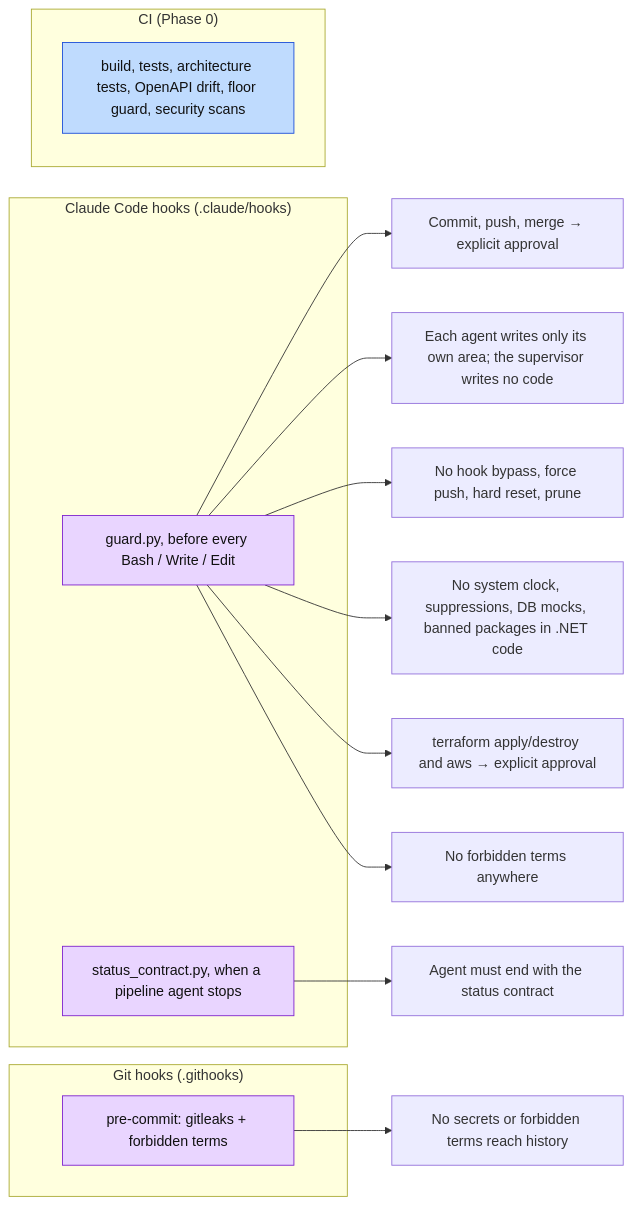
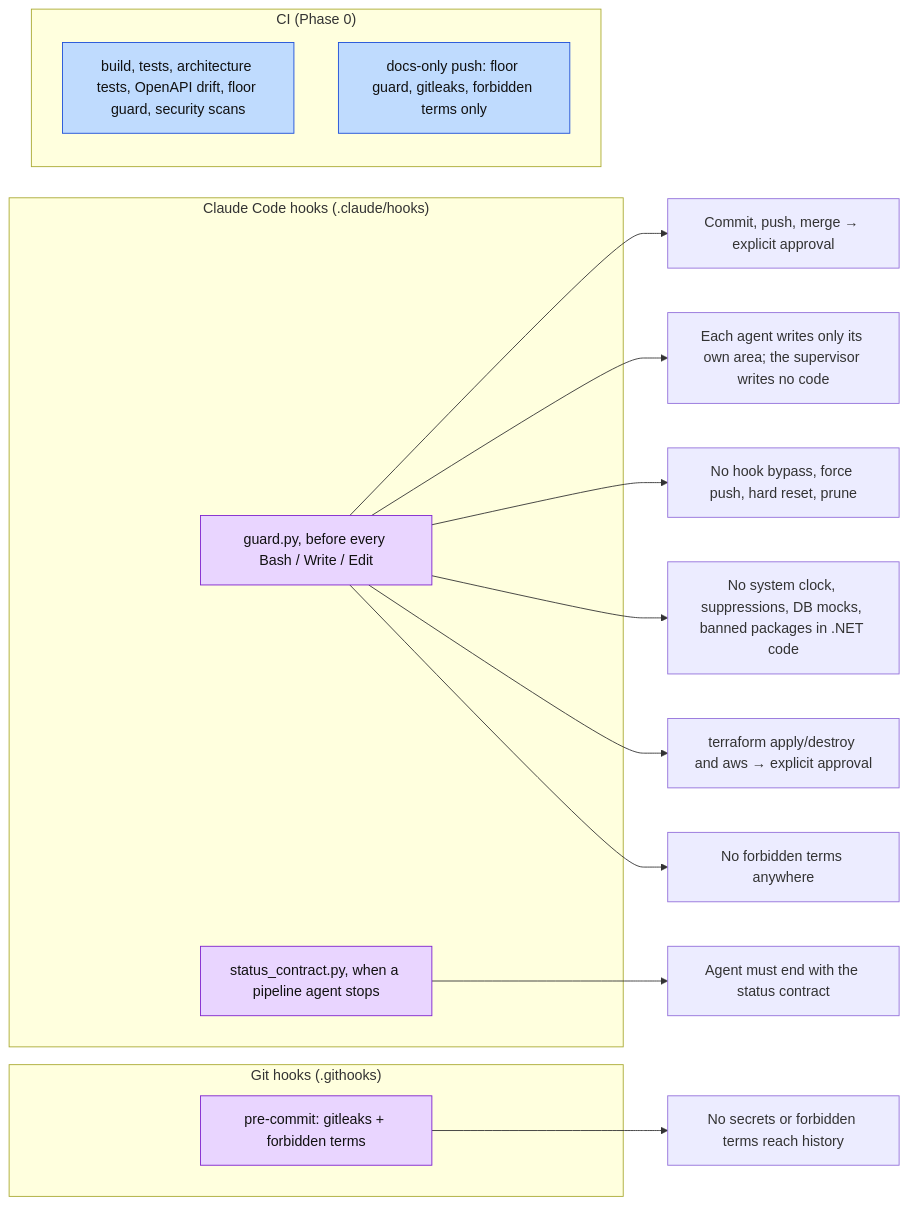
Before and after one commit to njabulozmnisi/disputedesk: the third of 3 diagrams in docs/process/agentic-sdlc.md, drawn with Mermaid. The commit also changed other lines of this file and 27 other files, not shown here.

Commit message:
chore(process): the faster flow: branch CI before main, reviewers write their own records, fix rounds for high and medium only (at most two), one pre-build reviewer, verifier reads results and runs breaks, scoped QA, docs-only CI skip, caches, merge-story, run-breaks (human approval 2026-11-04)

````diff
--- a/docs/process/agentic-sdlc.md
+++ b/docs/process/agentic-sdlc.md
@@ -99,25 +110,26 @@
 ```mermaid
 flowchart LR
     classDef hook fill:#e9d5ff,stroke:#7e22ce,color:#111
     classDef ci fill:#bfdbfe,stroke:#1d4ed8,color:#111
 
     subgraph CC["Claude Code hooks (.claude/hooks)"]
         GU[guard.py, before every Bash / Write / Edit]:::hook
         SC[status_contract.py, when a pipeline agent stops]:::hook
     end
     subgraph GIT["Git hooks (.githooks)"]
         PC[pre-commit: gitleaks + forbidden terms]:::hook
     end
     subgraph CI["CI (Phase 0)"]
         CIx[build, tests, architecture tests, OpenAPI drift, floor guard, security scans]:::ci
+        CId[docs-only push: floor guard, gitleaks, forbidden terms only]:::ci
     end
 
     GU --> G1[Commit, push, merge → explicit approval]
     GU --> G2[Each agent writes only its own area; the supervisor writes no code]
     GU --> G3[No hook bypass, force push, hard reset, prune]
     GU --> G4[No system clock, suppressions, DB mocks, banned packages in .NET code]
     GU --> G5[terraform apply/destroy and aws → explicit approval]
     GU --> G6[No forbidden terms anywhere]
     SC --> G7[Agent must end with the status contract]
     PC --> G8[No secrets or forbidden terms reach history]
 ```
````
